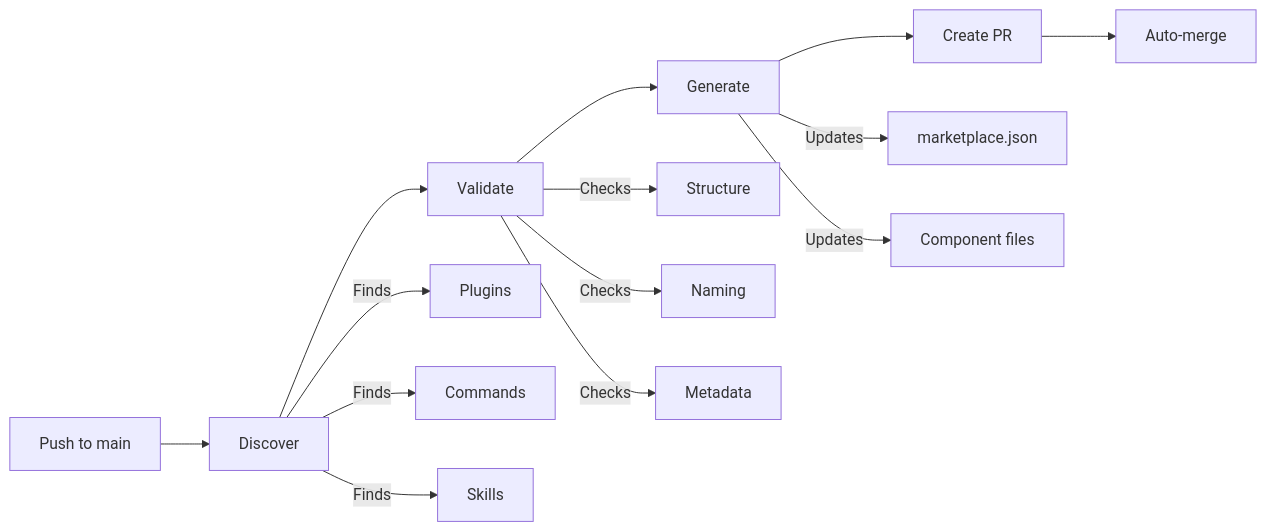
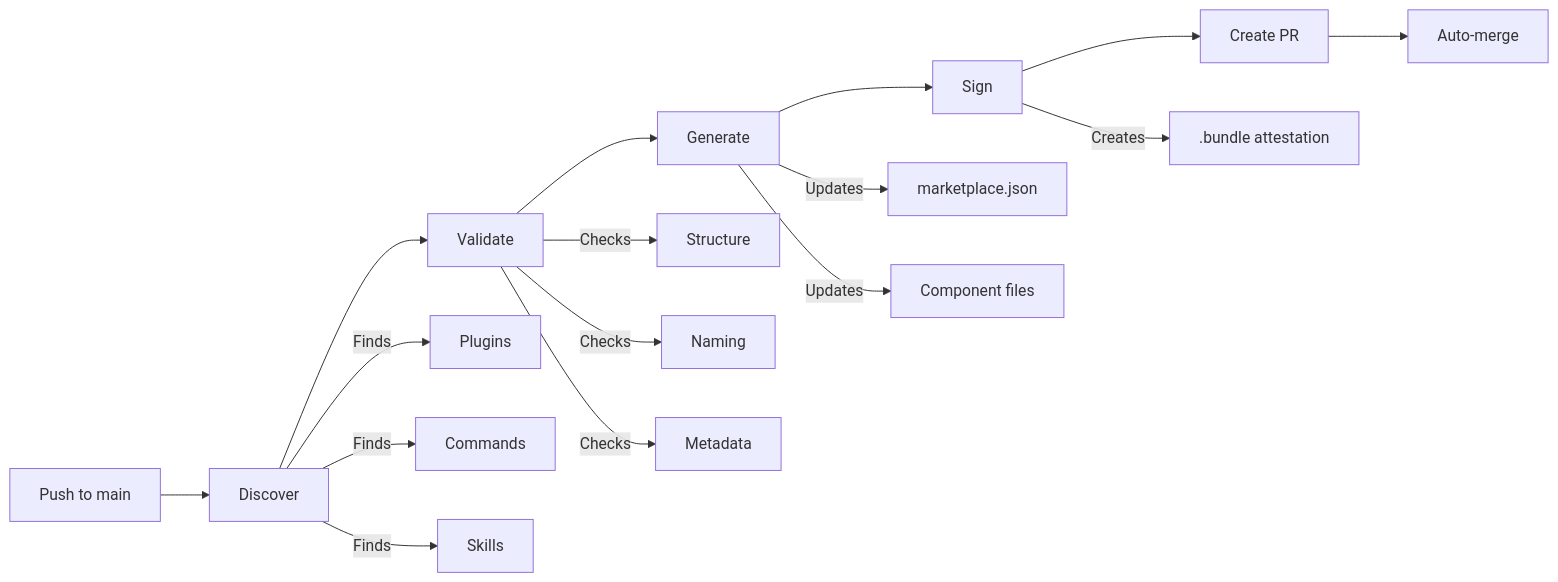
One commit to bitcomplete/bc-github-actions changed the diagram in README.md. Above: the diagram before and after it, drawn with Mermaid. The commit also changed other lines of this file and 1 other file, not shown here.

First line of the commit message:
Document Sigstore attestation signing and verification

````diff
--- a/README.md
+++ b/README.md
@@ -23,19 +24,22 @@
 ```mermaid
 graph LR
     A[Push to main] --> B[Discover]
     B --> C[Validate]
     C --> D[Generate]
-    D --> E[Create PR]
-    E --> F[Auto-merge]
+    D --> E[Sign]
+    E --> F[Create PR]
+    F --> G[Auto-merge]
 
     B -->|Finds| B1[Plugins]
     B -->|Finds| B2[Commands]
     B -->|Finds| B3[Skills]
 
     C -->|Checks| C1[Structure]
     C -->|Checks| C2[Naming]
     C -->|Checks| C3[Metadata]
 
     D -->|Updates| D1[marketplace.json]
     D -->|Updates| D2[Component files]
+
+    E -->|Creates| E1[.bundle attestation]
 ```
````
